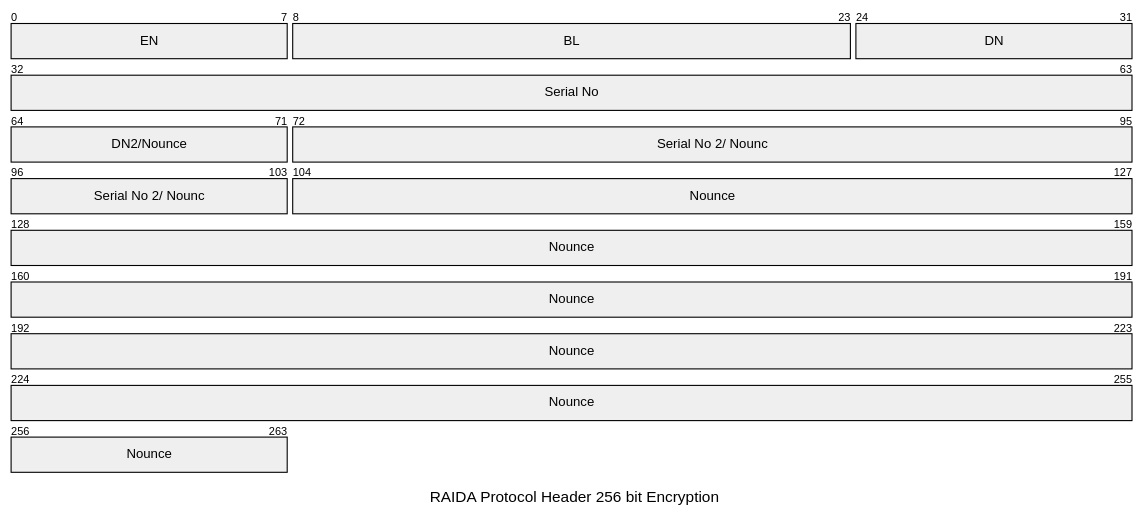
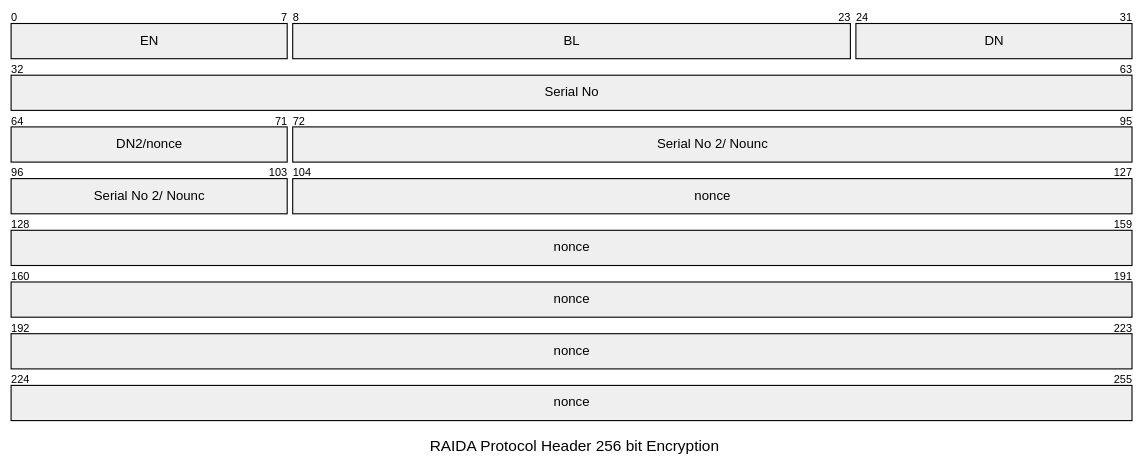
The second of 2 diagrams in CONTEXT/request-header-format-for-256-bit-encryption.md (worthingtonse/client-prompts), drawn with Mermaid before and after one commit. The commit also changed other lines of this file, not shown here.

````diff
--- a/CONTEXT/request-header-format-for-256-bit-encryption.md
+++ b/CONTEXT/request-header-format-for-256-bit-encryption.md
@@ -86,13 +86,13 @@
 ```mermaid
 ---
 title: "RAIDA Protocol Header 256 bit Encryption"
 ---
 packet-beta
 +8: "EN"
 +16: "BL"
 +8: "DN"
 +32: "Serial No"
-+8: "DN2/Nounce"
++8: "DN2/nonce"
 +32: "Serial No 2/ Nounc"
-+160: "Nounce"
++152: "nonce"
 ```
````
